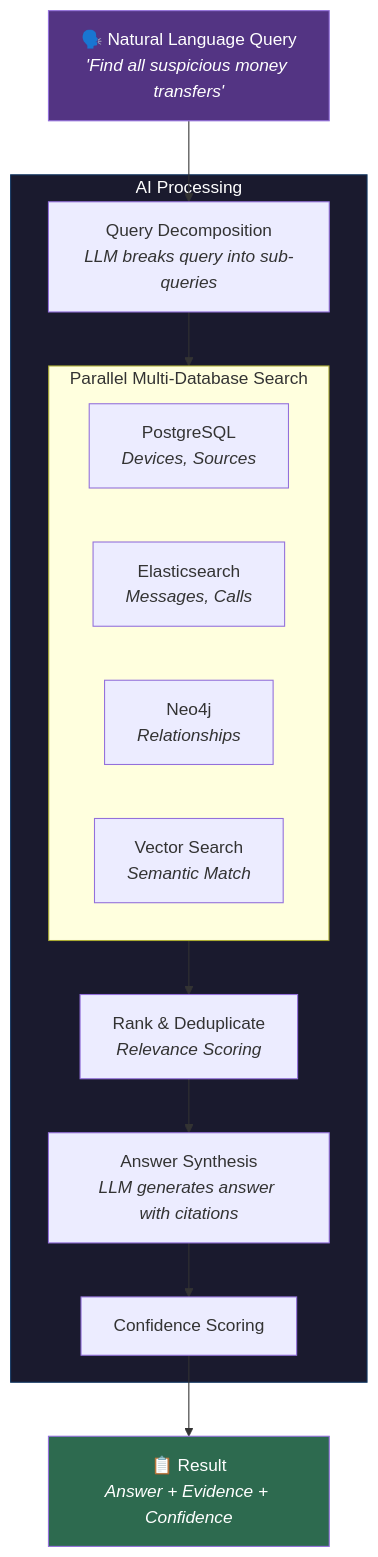
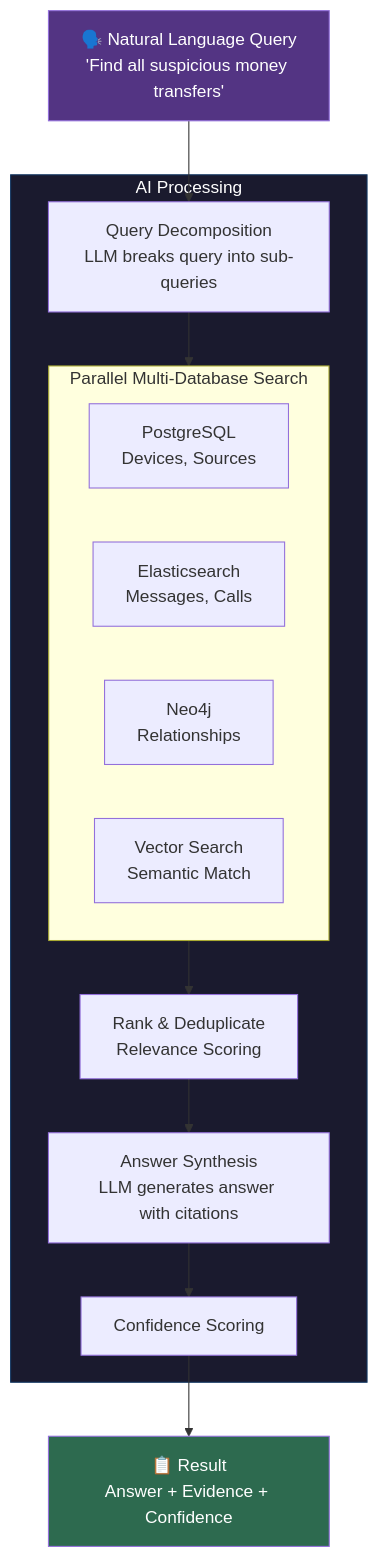
Before and after one commit to beingbrijesh/CopSight: the fourth of 7 diagrams in README.md, drawn with Mermaid. The commit also changed other lines of this file and 4 other files, not shown here.

Commit message:
docs: Fix Mermaid diagram text cropping and add professional Contributors section

````diff
--- a/README.md
+++ b/README.md
@@ -187,27 +187,27 @@
 ```mermaid
 flowchart TD
-    Query["🗣️ Natural Language Query<br/><i>'Find all suspicious money transfers'</i>"] --> Decompose
+    Query["🗣️ Natural Language Query<br/>'Find all suspicious money transfers'"] --> Decompose
 
     subgraph AI["AI Processing"]
-        Decompose["Query Decomposition<br/><i>LLM breaks query into sub-queries</i>"]
+        Decompose["Query Decomposition<br/>LLM breaks query into sub-queries"]
         Decompose --> Search
 
         subgraph Search["Parallel Multi-Database Search"]
             direction LR
-            S1["PostgreSQL<br/><i>Devices, Sources</i>"]
-            S2["Elasticsearch<br/><i>Messages, Calls</i>"]
-            S3["Neo4j<br/><i>Relationships</i>"]
-            S4["Vector Search<br/><i>Semantic Match</i>"]
+            S1["PostgreSQL<br/>Devices, Sources"]
+            S2["Elasticsearch<br/>Messages, Calls"]
+            S3["Neo4j<br/>Relationships"]
+            S4["Vector Search<br/>Semantic Match"]
         end
 
-        Search --> Rank["Rank & Deduplicate<br/><i>Relevance Scoring</i>"]
-        Rank --> Synthesize["Answer Synthesis<br/><i>LLM generates answer with citations</i>"]
+        Search --> Rank["Rank & Deduplicate<br/>Relevance Scoring"]
+        Rank --> Synthesize["Answer Synthesis<br/>LLM generates answer with citations"]
         Synthesize --> Confidence["Confidence Scoring"]
     end
 
-    Confidence --> Result["📋 Result<br/><i>Answer + Evidence + Confidence</i>"]
+    Confidence --> Result["📋 Result<br/>Answer + Evidence + Confidence"]
 
     style Query fill:#533483,color:#fff
     style AI fill:#1a1a2e,stroke:#0f3460,color:#fff
     style Result fill:#2d6a4f,color:#fff
 ```
````
